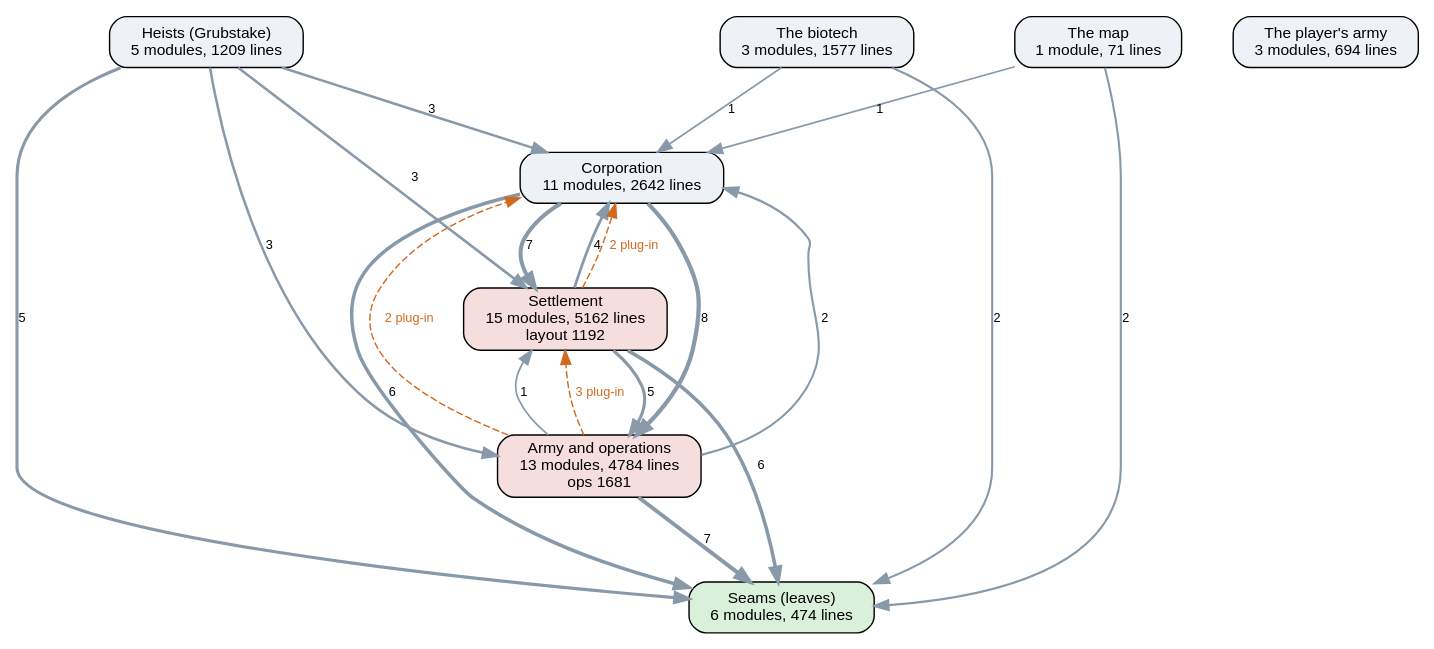
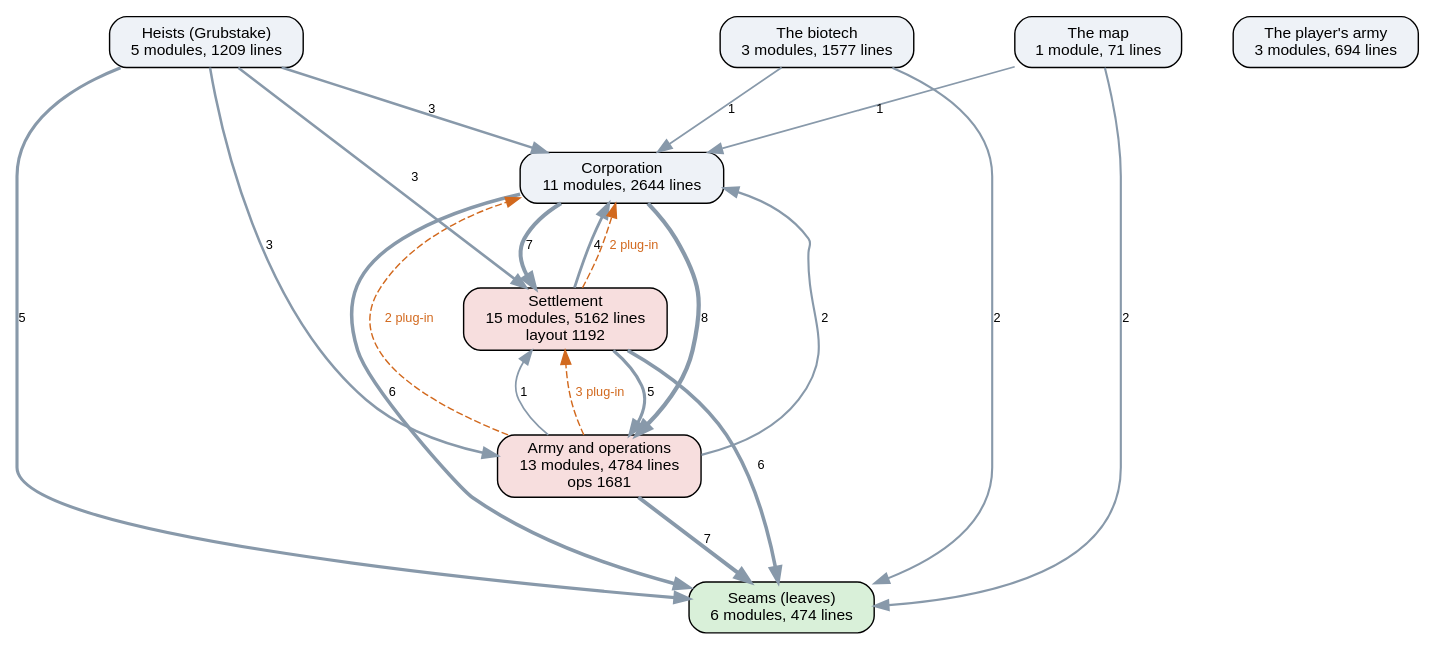
The diagram in docs/ai-layers.dot (kinelhu/landing-party), drawn with Graphviz before and after one commit. The commit also changed 24 other files, not shown here.

```diff
--- a/docs/ai-layers.dot
+++ b/docs/ai-layers.dot
@@ -1,33 +1,33 @@
 digraph layers {
   graph [rankdir=TB, fontname="Helvetica", nodesep=0.5, ranksep=0.7];
   node [shape=box, style="rounded,filled", fontname="Helvetica", fontsize=11, fillcolor="#eef2f7"];
   edge [color="#8899aa", fontname="Helvetica", fontsize=9];
   "Seams (leaves)" [label="Seams (leaves)\n6 modules, 474 lines", fillcolor="#d9f0d9"];
-  "Corporation" [label="Corporation\n11 modules, 2642 lines", fillcolor="#eef2f7"];
+  "Corporation" [label="Corporation\n11 modules, 2644 lines", fillcolor="#eef2f7"];
   "Settlement" [label="Settlement\n15 modules, 5162 lines\nlayout 1192", fillcolor="#f7dede"];
   "Army and operations" [label="Army and operations\n13 modules, 4784 lines\nops 1681", fillcolor="#f7dede"];
   "Heists (Grubstake)" [label="Heists (Grubstake)\n5 modules, 1209 lines", fillcolor="#eef2f7"];
   "The biotech" [label="The biotech\n3 modules, 1577 lines", fillcolor="#eef2f7"];
   "The map" [label="The map\n1 module, 71 lines", fillcolor="#eef2f7"];
   "The player's army" [label="The player's army\n3 modules, 694 lines", fillcolor="#eef2f7"];
   "Army and operations" -> "Corporation" [label="2", penwidth=1.5];
   "Army and operations" -> "Seams (leaves)" [label="7", penwidth=2.8];
   "Army and operations" -> "Settlement" [label="1", penwidth=1.2];
   "Corporation" -> "Army and operations" [label="8", penwidth=3.0];
   "Corporation" -> "Seams (leaves)" [label="6", penwidth=2.5];
   "Corporation" -> "Settlement" [label="7", penwidth=2.8];
   "Heists (Grubstake)" -> "Army and operations" [label="3", penwidth=1.8];
   "Heists (Grubstake)" -> "Corporation" [label="3", penwidth=1.8];
   "Heists (Grubstake)" -> "Seams (leaves)" [label="5", penwidth=2.2];
   "Heists (Grubstake)" -> "Settlement" [label="3", penwidth=1.8];
   "Settlement" -> "Army and operations" [label="5", penwidth=2.2];
   "Settlement" -> "Corporation" [label="4", penwidth=2.0];
   "Settlement" -> "Seams (leaves)" [label="6", penwidth=2.5];
   "The biotech" -> "Corporation" [label="1", penwidth=1.2];
   "The biotech" -> "Seams (leaves)" [label="2", penwidth=1.5];
   "The map" -> "Corporation" [label="1", penwidth=1.2];
   "The map" -> "Seams (leaves)" [label="2", penwidth=1.5];
   "Army and operations" -> "Corporation" [style=dashed, color="#d2691e", fontcolor="#d2691e", label="2 plug-in"];
   "Army and operations" -> "Settlement" [style=dashed, color="#d2691e", fontcolor="#d2691e", label="3 plug-in"];
   "Settlement" -> "Corporation" [style=dashed, color="#d2691e", fontcolor="#d2691e", label="2 plug-in"];
 }
```
